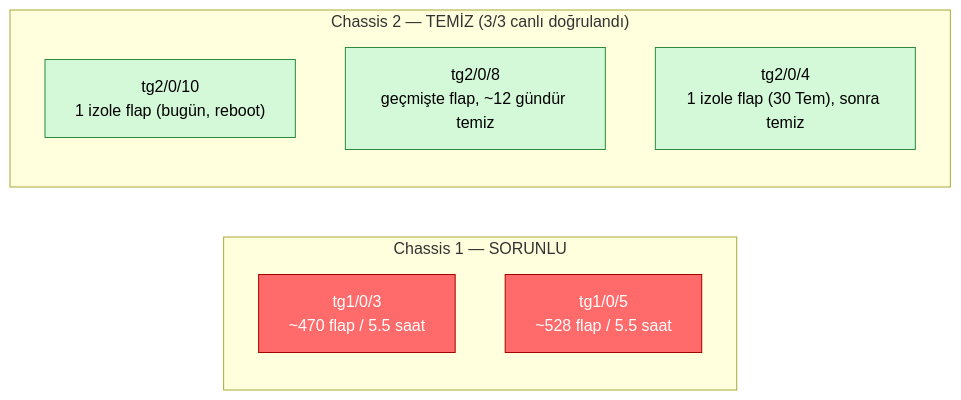
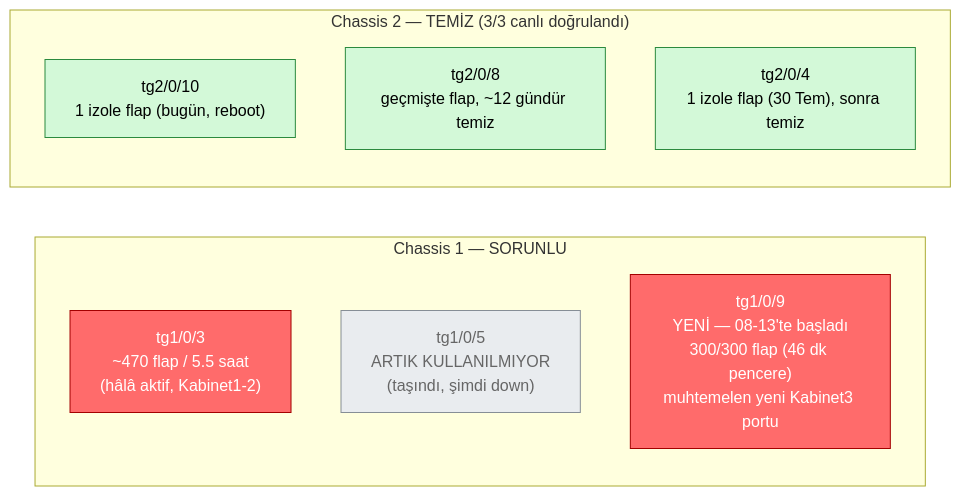
Before and after one commit to SeFo19/Ozdoku-Config: the second of 2 diagrams in topoloji_diyagram.md, drawn with Mermaid. The commit also changed other lines of this file and 3 other files, not shown here.

First line of the commit message:
Kabinet3 SFP değişimi ve port taşıma: sorun çözülmedi, chassis 1 içinde taşındı

````diff
--- a/topoloji_diyagram.md
+++ b/topoloji_diyagram.md
@@ -76,20 +82,23 @@
 ```mermaid
 graph LR
     subgraph "Chassis 1 — SORUNLU"
         direction TB
-        A["tg1/0/3<br/>~470 flap / 5.5 saat"]
-        B["tg1/0/5<br/>~528 flap / 5.5 saat"]
+        A["tg1/0/3<br/>~470 flap / 5.5 saat<br/>(hâlâ aktif, Kabinet1-2)"]
+        B["tg1/0/5<br/>ARTIK KULLANILMIYOR<br/>(taşındı, şimdi down)"]
+        F["tg1/0/9<br/>YENİ — 08-13'te başladı<br/>300/300 flap (46 dk pencere)<br/>muhtemelen yeni Kabinet3 portu"]
     end
     subgraph "Chassis 2 — TEMİZ (3/3 canlı doğrulandı)"
         direction TB
         C["tg2/0/10<br/>1 izole flap (bugün, reboot)"]
         D["tg2/0/8<br/>geçmişte flap, ~12 gündür temiz"]
         E["tg2/0/4<br/>1 izole flap (30 Tem), sonra temiz"]
     end
 
     classDef problem fill:#ff6b6b,stroke:#a30000,color:#fff
     classDef ok fill:#d3f9d8,stroke:#2b8a3e,color:#000
+    classDef unused fill:#e9ecef,stroke:#868e96,color:#666
 
-    class A,B problem
+    class A,F problem
+    class B unused
     class C,D,E ok
 ```
````
